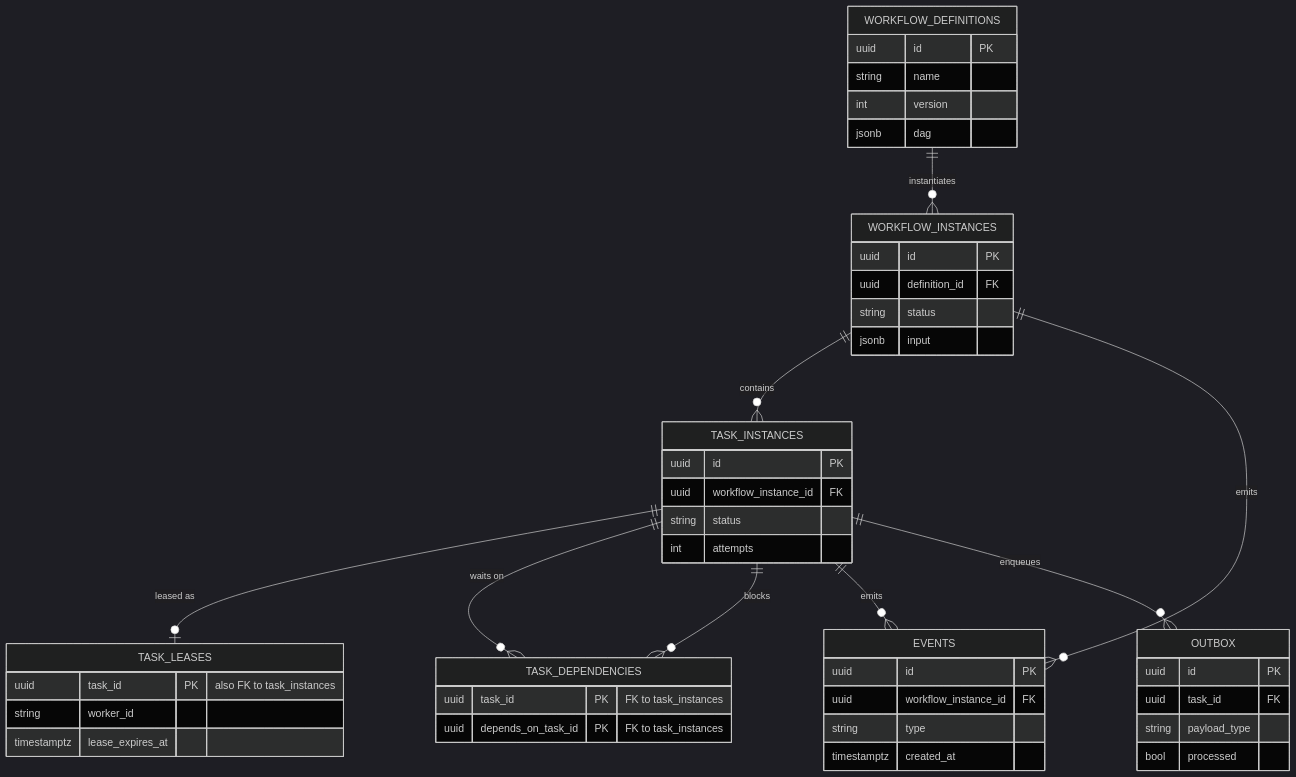
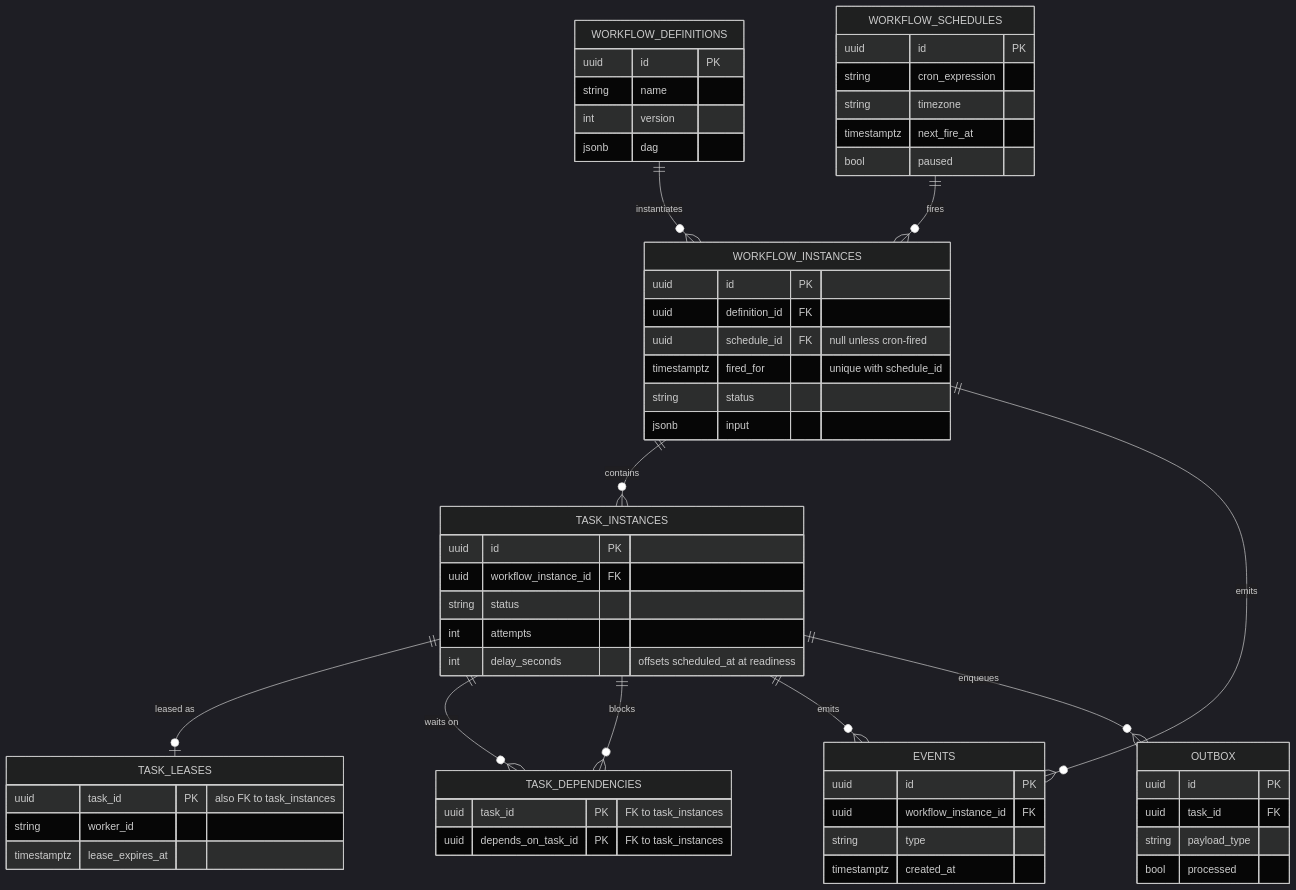
Before and after one commit to mnemarius/workflow-manager: the second of 2 diagrams in docs/diagrams/logical-view.md, drawn with Mermaid (dark theme). The commit also changed other lines of this file and 7 other files, not shown here.

First line of the commit message:
docs: sync M4 durable timers and cron schedules

````diff
--- a/docs/diagrams/logical-view.md
+++ b/docs/diagrams/logical-view.md
@@ -58,51 +58,62 @@
 ```mermaid
 erDiagram
     WORKFLOW_DEFINITIONS ||--o{ WORKFLOW_INSTANCES : instantiates
+    WORKFLOW_SCHEDULES ||--o{ WORKFLOW_INSTANCES : fires
     WORKFLOW_INSTANCES ||--o{ TASK_INSTANCES : contains
     TASK_INSTANCES ||--o| TASK_LEASES : "leased as"
     TASK_INSTANCES ||--o{ TASK_DEPENDENCIES : "waits on"
     TASK_INSTANCES ||--o{ TASK_DEPENDENCIES : "blocks"
     WORKFLOW_INSTANCES ||--o{ EVENTS : emits
     TASK_INSTANCES ||--o{ EVENTS : emits
     TASK_INSTANCES ||--o{ OUTBOX : enqueues
 
     WORKFLOW_DEFINITIONS {
         uuid id PK
         string name
         int version
         jsonb dag
     }
+    WORKFLOW_SCHEDULES {
+        uuid id PK
+        string cron_expression
+        string timezone
+        timestamptz next_fire_at
+        bool paused
+    }
     WORKFLOW_INSTANCES {
         uuid id PK
         uuid definition_id FK
+        uuid schedule_id FK "null unless cron-fired"
+        timestamptz fired_for "unique with schedule_id"
         string status
         jsonb input
     }
     TASK_INSTANCES {
         uuid id PK
         uuid workflow_instance_id FK
         string status
         int attempts
+        int delay_seconds "offsets scheduled_at at readiness"
     }
     TASK_DEPENDENCIES {
         uuid task_id PK "FK to task_instances"
         uuid depends_on_task_id PK "FK to task_instances"
     }
     TASK_LEASES {
         uuid task_id PK "also FK to task_instances"
         string worker_id
         timestamptz lease_expires_at
     }
     EVENTS {
         uuid id PK
         uuid workflow_instance_id FK
         string type
         timestamptz created_at
     }
     OUTBOX {
         uuid id PK
         uuid task_id FK
         string payload_type
         bool processed
     }
 ```
````
